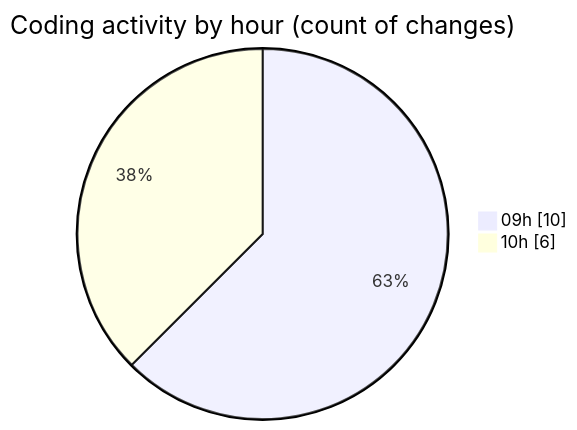
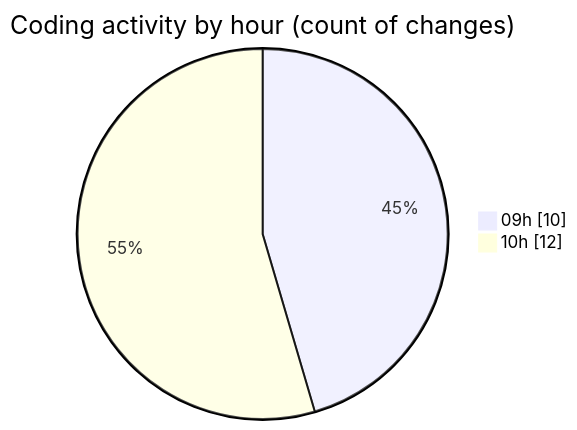
One commit to nxtqubesakshisongat/code-tracking changed the second of 2 diagrams in 2026-04-06/airfeed-analytics-dashboard/README.md. Above: the diagram before and after it, drawn with Mermaid. The commit also changed other lines of this file and 1 other file, not shown here.

````diff
--- a/2026-04-06/airfeed-analytics-dashboard/README.md
+++ b/2026-04-06/airfeed-analytics-dashboard/README.md
@@ -34,6 +36,6 @@
 ```mermaid
 pie showData
 title Coding activity by hour (count of changes)
 "09h" : 10
-"10h" : 6
+"10h" : 12
 ```
````
